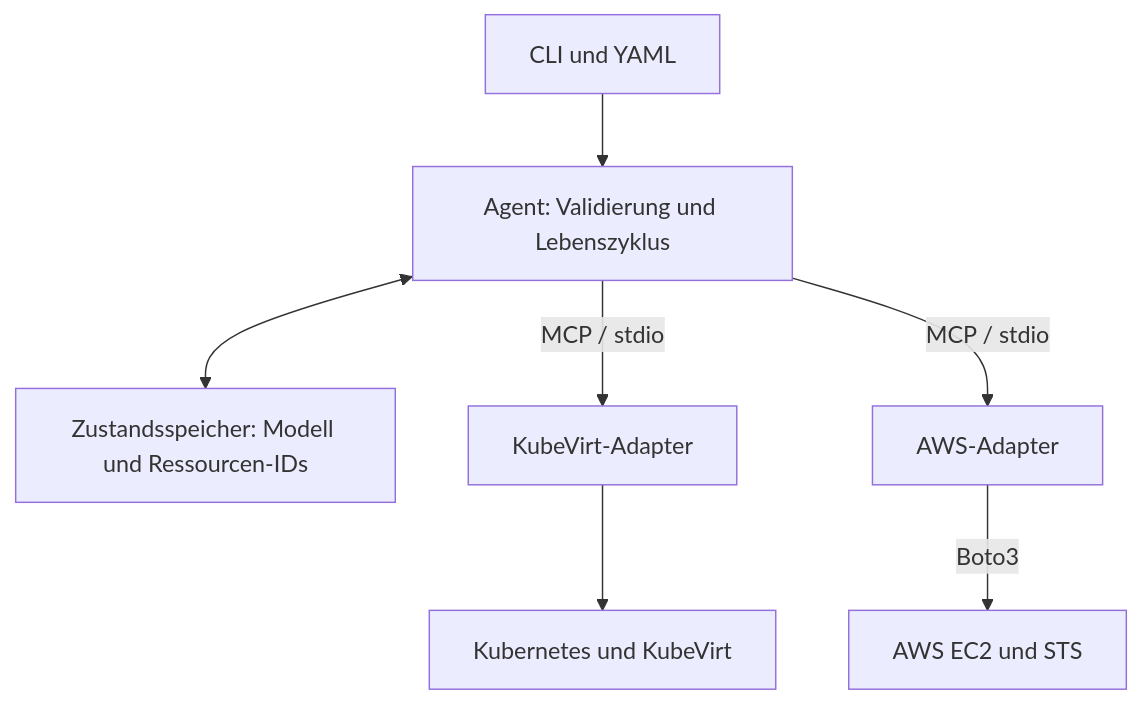
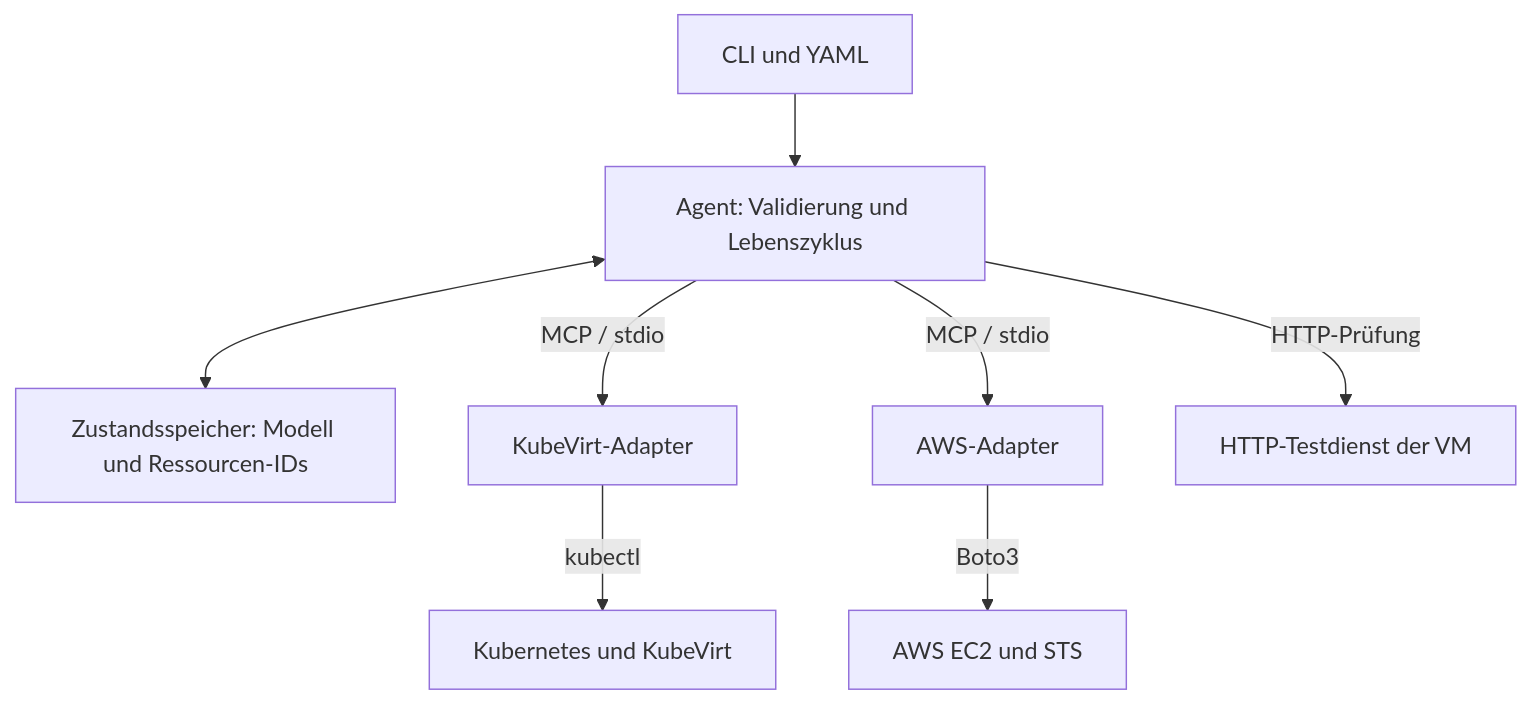
Before and after one commit to Cancani/diplomarbeit: the fifth of 7 diagrams in docs/dokumentation.md, drawn with Mermaid. The commit also changed other lines of this file, not shown here.

Commit message:
docs(update): Wiederholungen kürzen und Ergebnisse aus Sprint 2 konkret festhalten

````diff
--- a/docs/dokumentation.md
+++ b/docs/dokumentation.md
@@ -1152,9 +1055,10 @@
 ```mermaid
 flowchart TD
     Eingabe["CLI und YAML"] --> Agent["Agent: Validierung und Lebenszyklus"]
     Agent <--> Zustand["Zustandsspeicher: Modell und Ressourcen-IDs"]
     Agent -->|MCP / stdio| KubeVirtAdapter["KubeVirt-Adapter"]
     Agent -->|MCP / stdio| AWSAdapter["AWS-Adapter"]
-    KubeVirtAdapter --> KubeVirt["Kubernetes und KubeVirt"]
+    Agent -->|HTTP-Prüfung| Testdienst["HTTP-Testdienst der VM"]
+    KubeVirtAdapter -->|kubectl| KubeVirt["Kubernetes und KubeVirt"]
     AWSAdapter -->|Boto3| AWS["AWS EC2 und STS"]
 ```
````
